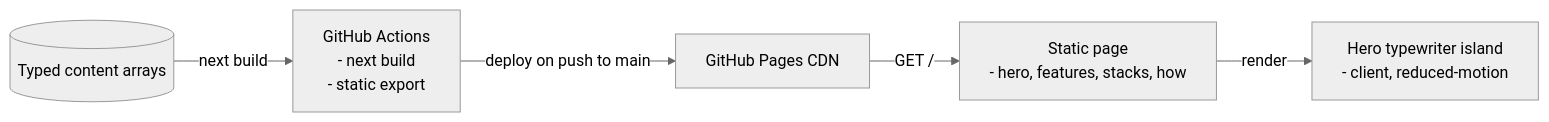
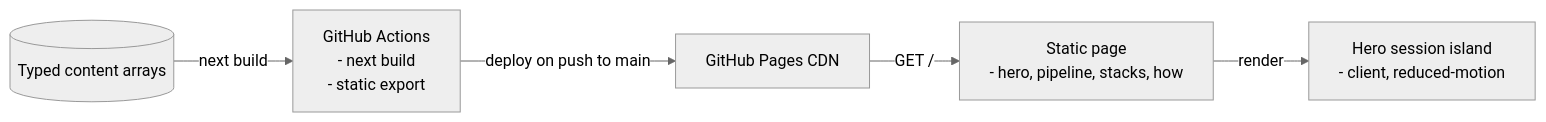
One commit to elleskay/platform-site changed the first of 4 diagrams in README.md. Above: the diagram before and after it, drawn with Mermaid (neutral theme). The commit also changed other lines of this file and 16 other files, not shown here.

````diff
--- a/README.md
+++ b/README.md
@@ -85,7 +85,7 @@
 ```mermaid
 flowchart LR
   Content[("Typed content arrays")] -->|"next build"| Build["GitHub Actions<br/>- next build<br/>- static export"]
   Build -->|"deploy on push to main"| CDN["GitHub Pages CDN"]
-  CDN -->|"GET /"| Page["Static page<br/>- hero, features, stacks, how"]
-  Page -->|"render"| Hero["Hero typewriter island<br/>- client, reduced-motion"]
+  CDN -->|"GET /"| Page["Static page<br/>- hero, pipeline, stacks, how"]
+  Page -->|"render"| Hero["Hero session island<br/>- client, reduced-motion"]
 ```
````
